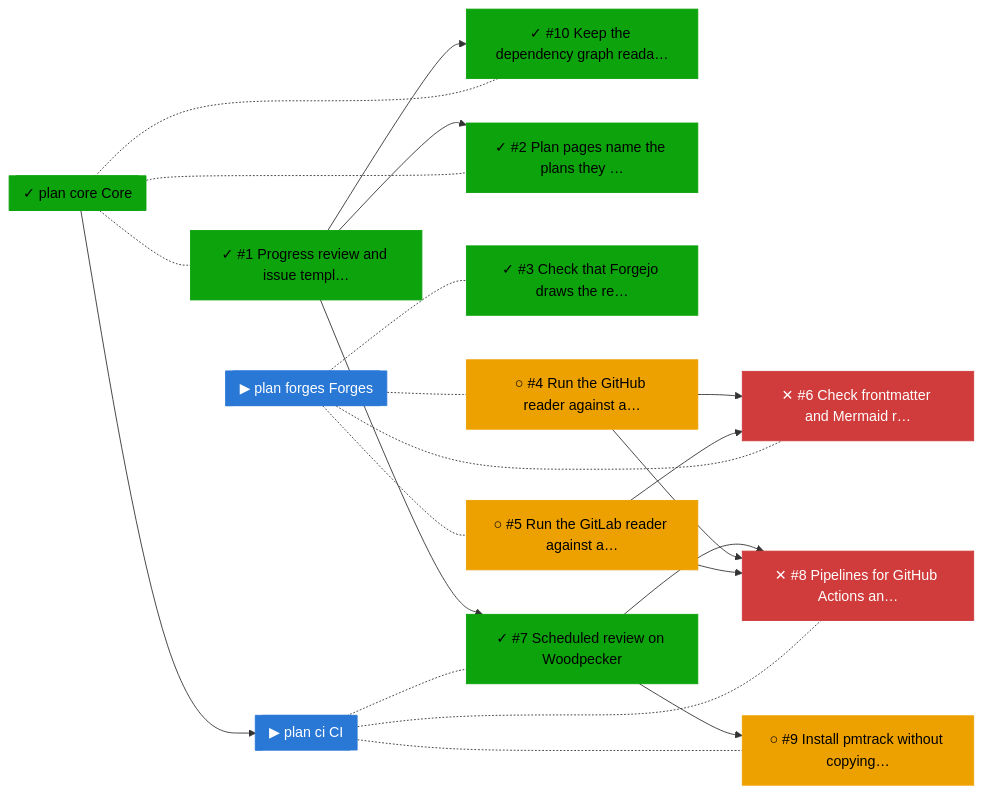
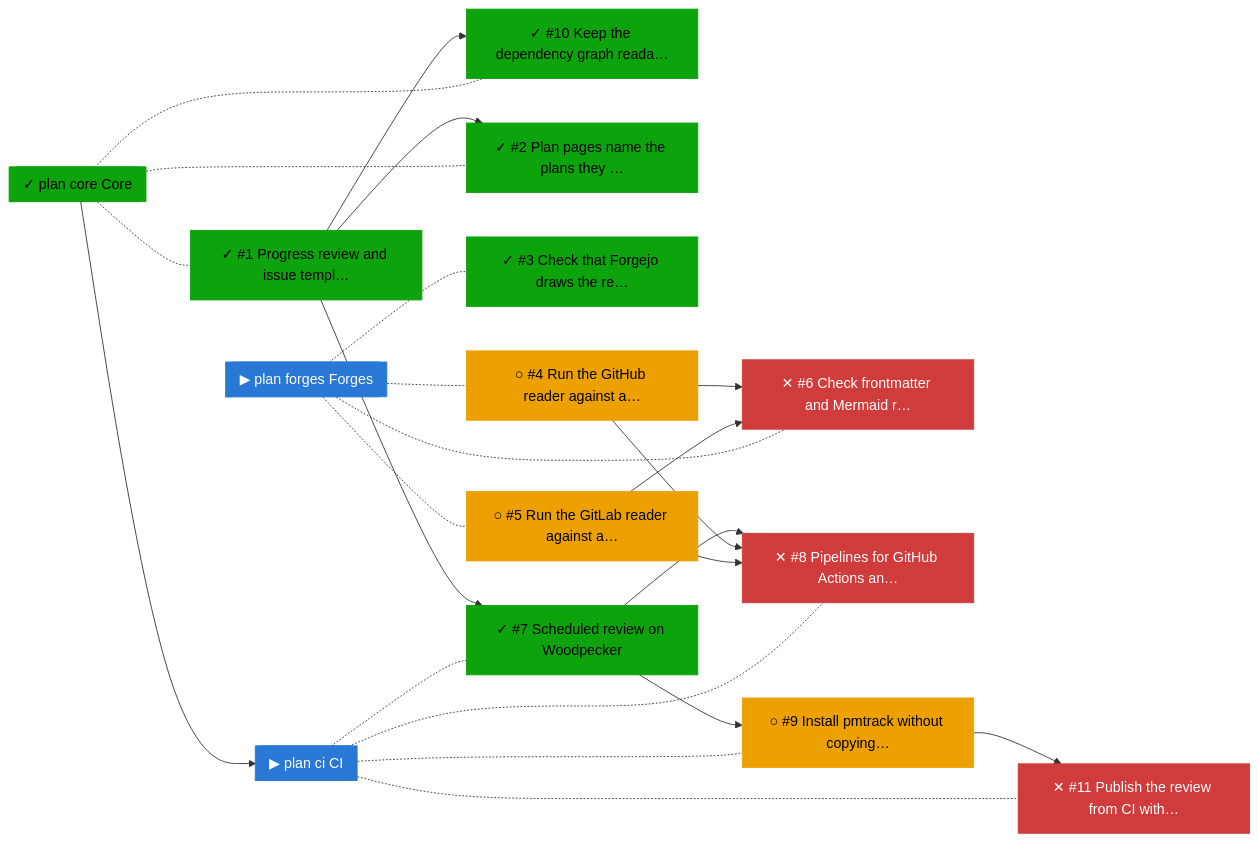
One commit to bvraghav/pmtrack changed the fourth of 4 diagrams in progress/README.md. Above: the diagram before and after it, drawn with Mermaid. The commit also changed other lines of this file and 5 other files, not shown here.

````diff
--- a/progress/README.md
+++ b/progress/README.md
@@ -78,42 +80,45 @@
 ```mermaid
 flowchart LR
   n0["✓ #1 Progress review and issue templ…"]:::done
   n1["✓ #10 Keep the dependency graph reada…"]:::done
-  n2["✓ #2 Plan pages name the plans they …"]:::done
-  n3["✓ #3 Check that Forgejo draws the re…"]:::done
-  n4["○ #4 Run the GitHub reader against a…"]:::ready
-  n5["○ #5 Run the GitLab reader against a…"]:::ready
-  n6["✕ #6 Check frontmatter and Mermaid r…"]:::blocked
-  n7["✓ #7 Scheduled review on Woodpecker"]:::done
-  n8["✕ #8 Pipelines for GitHub Actions an…"]:::blocked
-  n9["○ #9 Install pmtrack without copying…"]:::ready
-  n10[["▶ plan ci CI"]]:::active
-  n11[["✓ plan core Core"]]:::done
-  n12[["▶ plan forges Forges"]]:::active
+  n2["✕ #11 Publish the review from CI with…"]:::blocked
+  n3["✓ #2 Plan pages name the plans they …"]:::done
+  n4["✓ #3 Check that Forgejo draws the re…"]:::done
+  n5["○ #4 Run the GitHub reader against a…"]:::ready
+  n6["○ #5 Run the GitLab reader against a…"]:::ready
+  n7["✕ #6 Check frontmatter and Mermaid r…"]:::blocked
+  n8["✓ #7 Scheduled review on Woodpecker"]:::done
+  n9["✕ #8 Pipelines for GitHub Actions an…"]:::blocked
+  n10["○ #9 Install pmtrack without copying…"]:::ready
+  n11[["▶ plan ci CI"]]:::active
+  n12[["✓ plan core Core"]]:::done
+  n13[["▶ plan forges Forges"]]:::active
   n0 --> n1
-  n0 --> n2
-  n4 --> n6
-  n5 --> n6
-  n0 --> n7
-  n7 --> n8
-  n4 --> n8
-  n5 --> n8
-  n7 --> n9
-  n10 -.- n7
-  n10 -.- n8
-  n10 -.- n9
-  n11 --> n10
-  n11 -.- n0
+  n10 --> n2
+  n0 --> n3
+  n5 --> n7
+  n6 --> n7
+  n0 --> n8
+  n8 --> n9
+  n5 --> n9
+  n6 --> n9
+  n8 --> n10
+  n11 -.- n8
+  n11 -.- n9
+  n11 -.- n10
   n11 -.- n2
-  n11 -.- n1
+  n12 --> n11
+  n12 -.- n0
   n12 -.- n3
-  n12 -.- n4
-  n12 -.- n5
-  n12 -.- n6
+  n12 -.- n1
+  n13 -.- n4
+  n13 -.- n5
+  n13 -.- n6
+  n13 -.- n7
   classDef done fill:#0ca30c,color:#000,stroke:#0ca30c
   classDef active fill:#2a78d6,color:#fff,stroke:#2a78d6
   classDef ready fill:#eda100,color:#000,stroke:#eda100
   classDef blocked fill:#d03b3b,color:#fff,stroke:#d03b3b
   classDef unknown fill:#898781,color:#000,stroke:#898781
   classDef dropped fill:#898781,color:#000,stroke:#898781
 ```
````
